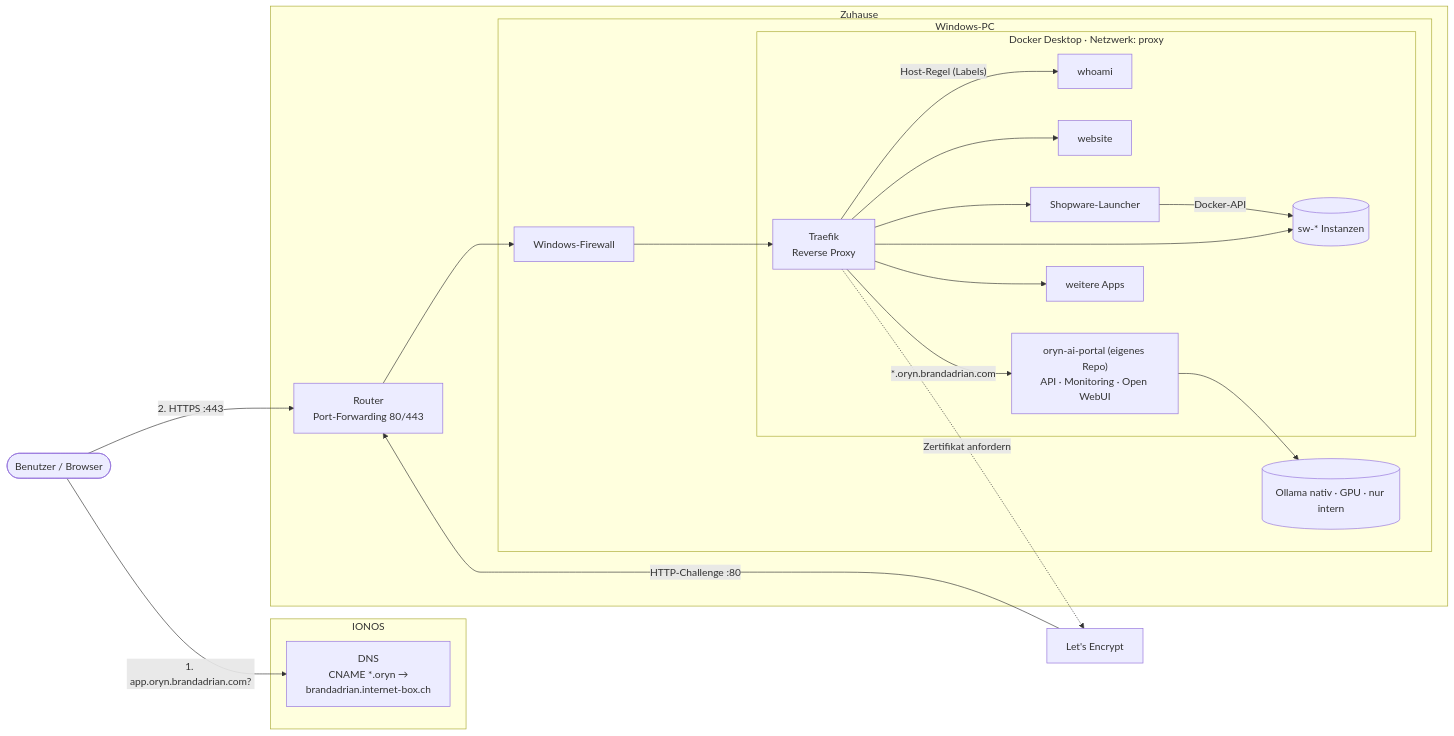
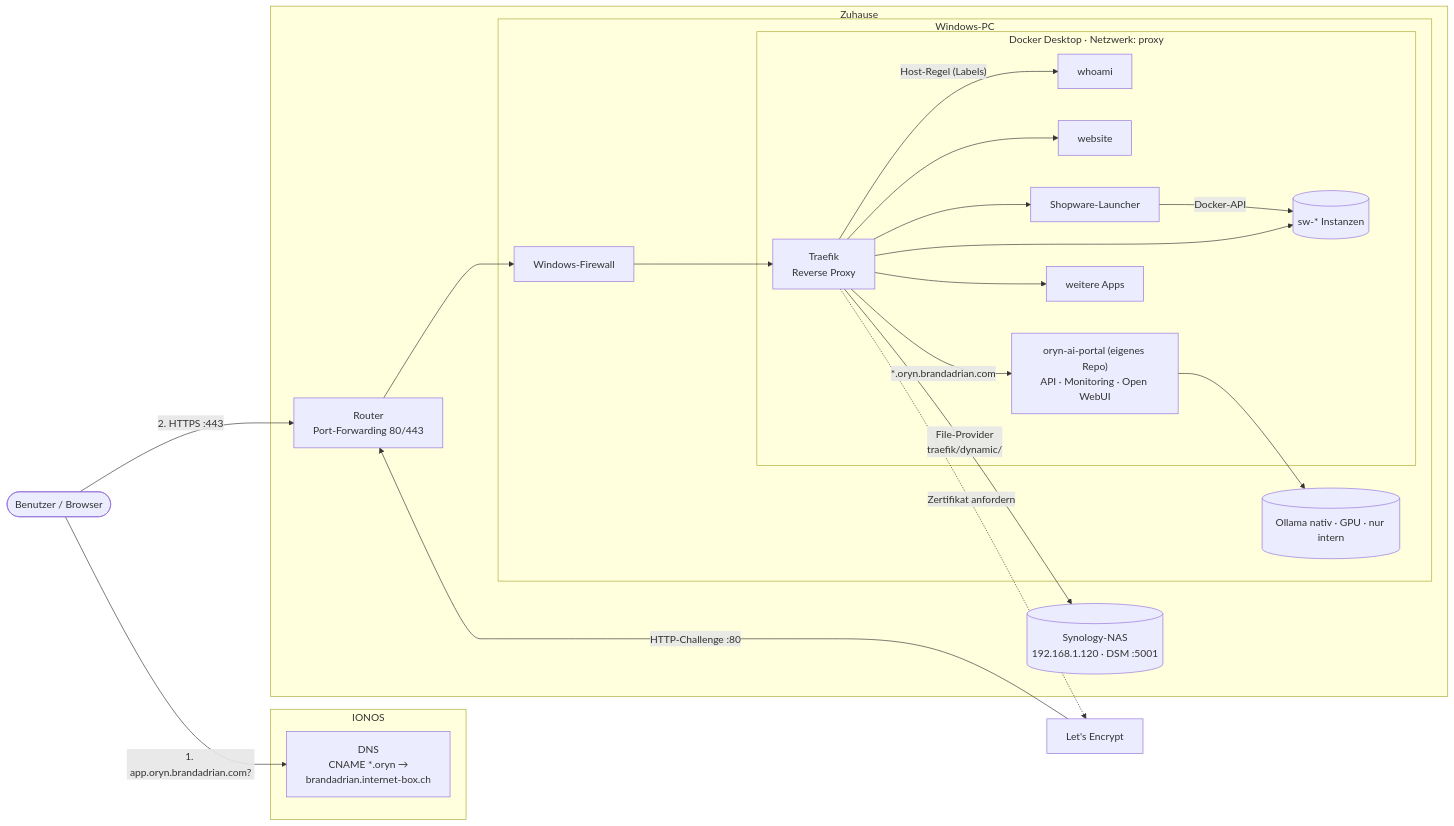
The diagram in README.md (brandadrian/oryn-gateway), drawn with Mermaid before and after one commit. The commit also changed other lines of this file and 3 other files, not shown here.

````diff
--- a/README.md
+++ b/README.md
@@ -15,40 +15,42 @@
 ```mermaid
 flowchart LR
     user([Benutzer / Browser])
     le[Let's Encrypt]
 
     subgraph ionos[IONOS]
         dns["DNS<br/>CNAME *.oryn →<br/>brandadrian.internet-box.ch"]
     end
 
     subgraph home[Zuhause]
         router["Router<br/>Port-Forwarding 80/443"]
         subgraph pc[Windows-PC]
             fw[Windows-Firewall]
             ollama[(Ollama nativ · GPU · nur intern)]
             subgraph docker["Docker Desktop · Netzwerk: proxy"]
                 traefik[Traefik<br/>Reverse Proxy]
                 whoami[whoami]
                 website[website]
                 gw["oryn-ai-portal (eigenes Repo)<br/>API · Monitoring · Open WebUI"]
                 swl[Shopware-Launcher]
                 sw[(sw-* Instanzen)]
                 app[weitere Apps]
             end
         end
+        nas[(Synology-NAS<br/>192.168.1.120 · DSM :5001)]
     end
 
     user -- "1. app.oryn.brandadrian.com?" --> dns
     user -- "2. HTTPS :443" --> router
     router --> fw --> traefik
     traefik -- "Host-Regel (Labels)" --> whoami
     traefik --> website
     traefik -- "*.oryn.brandadrian.com" --> gw
     gw --> ollama
     traefik --> swl
     swl -- "Docker-API" --> sw
     traefik --> sw
     traefik --> app
+    traefik -- "File-Provider<br/>traefik/dynamic/" --> nas
     le -- "HTTP-Challenge :80" --> router
     traefik -. "Zertifikat anfordern" .-> le
 ```
````
